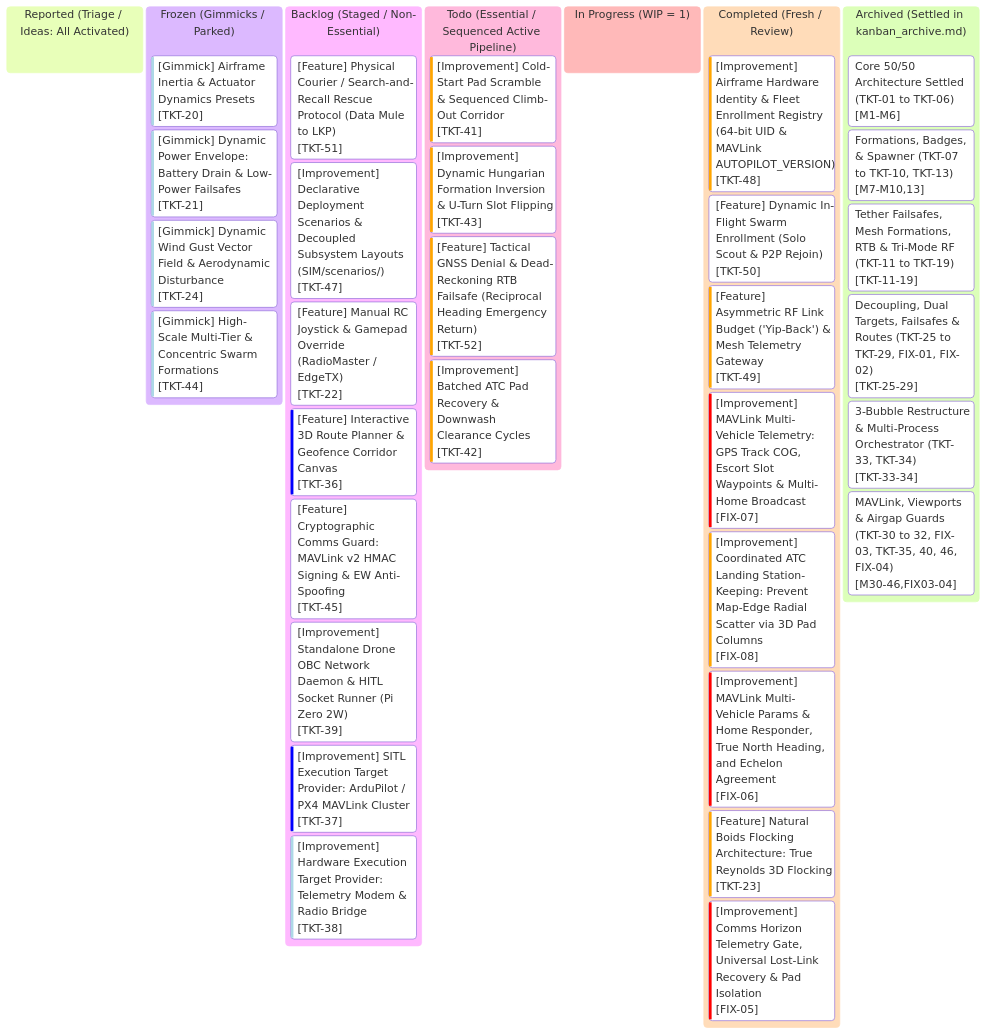
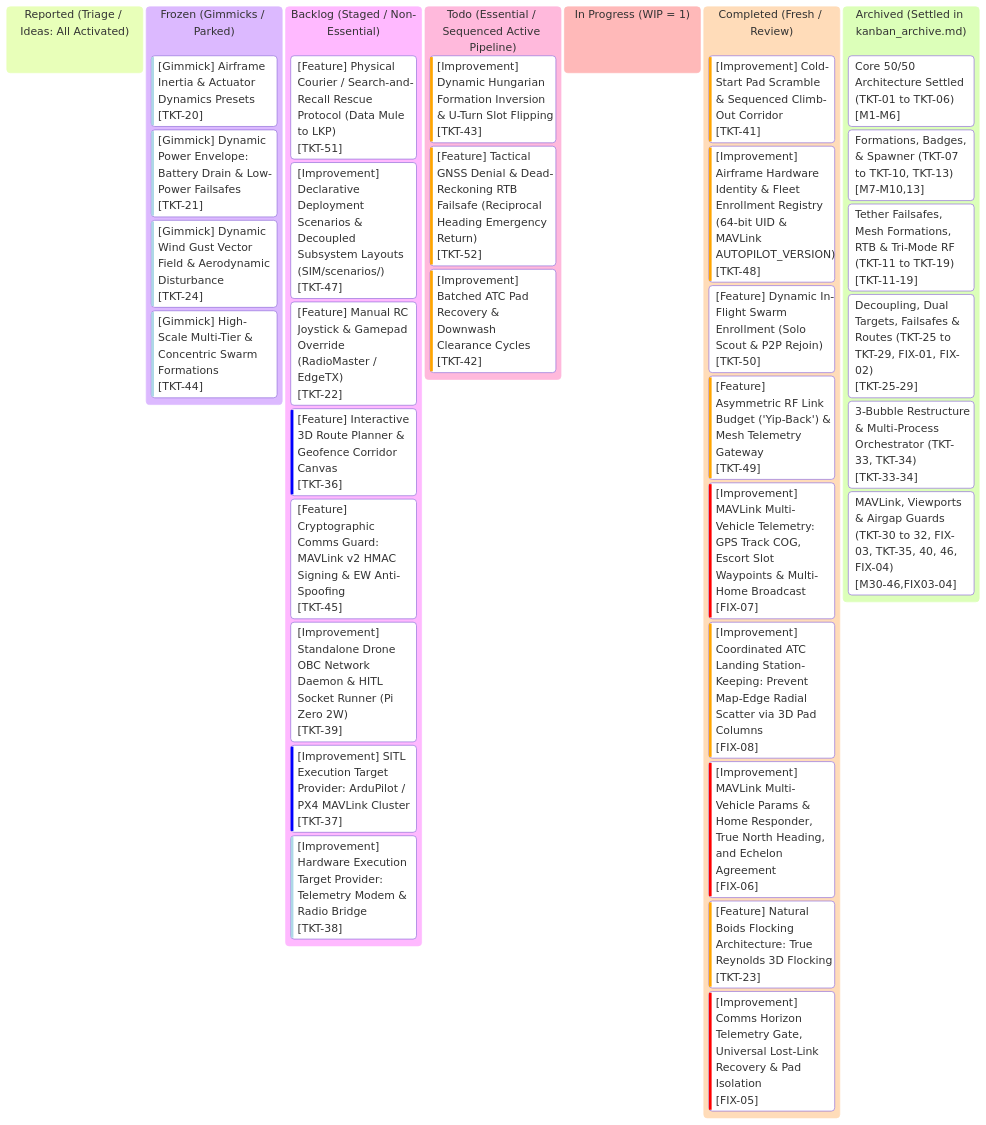
Before and after one commit to AlitheiaDeus/SwarmTech_v3-Uprising: the diagram in kanban.md, drawn with Mermaid. The commit also changed other lines of this file and 8 other files, not shown here.

Commit message:
feat(sim): implement cold-start pad scramble and sequenced climb-out corridor [TKT-41]

````diff
--- a/kanban.md
+++ b/kanban.md
@@ -10,60 +10,60 @@
 ```mermaid
 %%{init: {
   'theme': 'base',
   'themeVariables': {
     'primaryColor': '#0d2235',
     'primaryTextColor': '#d4f4ff',
     'primaryBorderColor': '#00f0ff',
     'lineColor': '#00f0ff',
     'background': '#061019',
     'mainBkg': '#0a1926',
     'secondaryColor': '#081420',
     'secondaryTextColor': '#5a7e96',
     'secondaryBorderColor': '#134e6f',
     'tertiaryColor': '#0e263d',
     'tertiaryTextColor': '#00ffaa',
     'tertiaryBorderColor': '#00ffaa',
     'clusterBkg': '#081420',
     'clusterBorder': '#134e6f',
     'fontFamily': "'JetBrains Mono', 'Courier New', monospace"
   }
 }}%%
 kanban
   reported["Reported (Triage / Ideas: All Activated)"]
   frozen["Frozen (Gimmicks / Parked)"]
     tkt20["[Gimmick] Airframe Inertia & Actuator Dynamics Presets"]@{ ticket: '[TKT-20]', priority: 'Very Low' }
     tkt21["[Gimmick] Dynamic Power Envelope: Battery Drain & Low-Power Failsafes"]@{ ticket: '[TKT-21]', priority: 'Very Low' }
     tkt24["[Gimmick] Dynamic Wind Gust Vector Field & Aerodynamic Disturbance"]@{ ticket: '[TKT-24]', priority: 'Very Low' }
     tkt44["[Gimmick] High-Scale Multi-Tier & Concentric Swarm Formations"]@{ ticket: '[TKT-44]', priority: 'Very Low' }
   backlog["Backlog (Staged / Non-Essential)"]
     tkt51["[Feature] Physical Courier / Search-and-Recall Rescue Protocol (Data Mule to LKP)"]@{ ticket: '[TKT-51]', priority: 'Medium' }
     tkt47["[Improvement] Declarative Deployment Scenarios & Decoupled Subsystem Layouts (SIM/scenarios/)"]@{ ticket: '[TKT-47]', priority: 'Medium' }
     tkt22["[Feature] Manual RC Joystick & Gamepad Override (RadioMaster / EdgeTX)"]@{ ticket: '[TKT-22]', priority: 'Medium' }
     tkt36["[Feature] Interactive 3D Route Planner & Geofence Corridor Canvas"]@{ ticket: '[TKT-36]', priority: 'Low' }
     tkt45["[Feature] Cryptographic Comms Guard: MAVLink v2 HMAC Signing & EW Anti-Spoofing"]@{ ticket: '[TKT-45]', priority: 'Medium' }
     tkt39["[Improvement] Standalone Drone OBC Network Daemon & HITL Socket Runner (Pi Zero 2W)"]@{ ticket: '[TKT-39]', priority: 'Medium' }
     tkt37["[Improvement] SITL Execution Target Provider: ArduPilot / PX4 MAVLink Cluster"]@{ ticket: '[TKT-37]', priority: 'Low' }
     tkt38["[Improvement] Hardware Execution Target Provider: Telemetry Modem & Radio Bridge"]@{ ticket: '[TKT-38]', priority: 'Very Low' }
   todo["Todo (Essential / Sequenced Active Pipeline)"]
-    tkt41["[Improvement] Cold-Start Pad Scramble & Sequenced Climb-Out Corridor"]@{ ticket: '[TKT-41]', priority: 'High' }
     tkt43["[Improvement] Dynamic Hungarian Formation Inversion & U-Turn Slot Flipping"]@{ ticket: '[TKT-43]', priority: 'High' }
     tkt52["[Feature] Tactical GNSS Denial & Dead-Reckoning RTB Failsafe (Reciprocal Heading Emergency Return)"]@{ ticket: '[TKT-52]', priority: 'High' }
     tkt42["[Improvement] Batched ATC Pad Recovery & Downwash Clearance Cycles"]@{ ticket: '[TKT-42]', priority: 'High' }
   in_progress["In Progress (WIP = 1)"]
   completed["Completed (Fresh / Review)"]
+    tkt41["[Improvement] Cold-Start Pad Scramble & Sequenced Climb-Out Corridor"]@{ ticket: '[TKT-41]', priority: 'High' }
     tkt48["[Improvement] Airframe Hardware Identity & Fleet Enrollment Registry (64-bit UID & MAVLink AUTOPILOT_VERSION)"]@{ ticket: '[TKT-48]', priority: 'High' }
     tkt50["[Feature] Dynamic In-Flight Swarm Enrollment (Solo Scout & P2P Rejoin)"]@{ ticket: '[TKT-50]', priority: 'Medium' }
     tkt49["[Feature] Asymmetric RF Link Budget ('Yip-Back') & Mesh Telemetry Gateway"]@{ ticket: '[TKT-49]', priority: 'High' }
     fix07["[Improvement] MAVLink Multi-Vehicle Telemetry: GPS Track COG, Escort Slot Waypoints & Multi-Home Broadcast"]@{ ticket: '[FIX-07]', priority: 'Very High' }
     fix08["[Improvement] Coordinated ATC Landing Station-Keeping: Prevent Map-Edge Radial Scatter via 3D Pad Columns"]@{ ticket: '[FIX-08]', priority: 'High' }
     fix06["[Improvement] MAVLink Multi-Vehicle Params & Home Responder, True North Heading, and Echelon Agreement"]@{ ticket: '[FIX-06]', priority: 'Very High' }
     tkt23["[Feature] Natural Boids Flocking Architecture: True Reynolds 3D Flocking"]@{ ticket: '[TKT-23]', priority: 'High' }
     fix05["[Improvement] Comms Horizon Telemetry Gate, Universal Lost-Link Recovery & Pad Isolation"]@{ ticket: '[FIX-05]', priority: 'Very High' }
   archived["Archived (Settled in kanban_archive.md)"]
     arch_m1_6["Core 50/50 Architecture Settled (TKT-01 to TKT-06)"]@{ ticket: '[M1-M6]' }
     arch_m7_10_13["Formations, Badges, & Spawner (TKT-07 to TKT-10, TKT-13)"]@{ ticket: '[M7-M10,13]' }
     arch_m11_19["Tether Failsafes, Mesh Formations, RTB & Tri-Mode RF (TKT-11 to TKT-19)"]@{ ticket: '[TKT-11-19]' }
     arch_m25_29["Decoupling, Dual Targets, Failsafes & Routes (TKT-25 to TKT-29, FIX-01, FIX-02)"]@{ ticket: '[TKT-25-29]' }
     arch_m33_34["3-Bubble Restructure & Multi-Process Orchestrator (TKT-33, TKT-34)"]@{ ticket: '[TKT-33-34]' }
     arch_m30_46_fix03_04["MAVLink, Viewports & Airgap Guards (TKT-30 to 32, FIX-03, TKT-35, 40, 46, FIX-04)"]@{ ticket: '[M30-46,FIX03-04]' }
 ```
````
